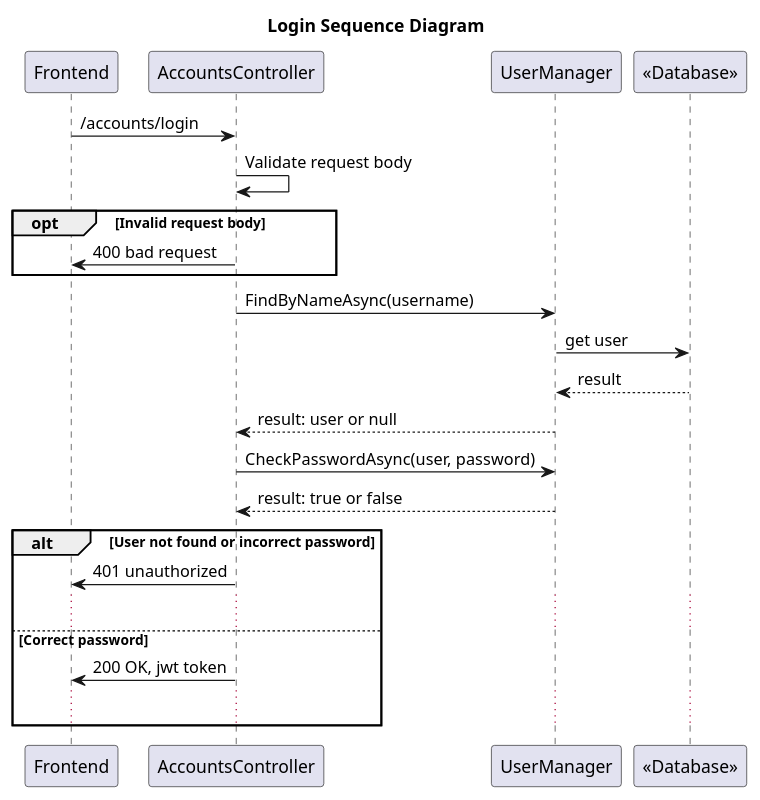
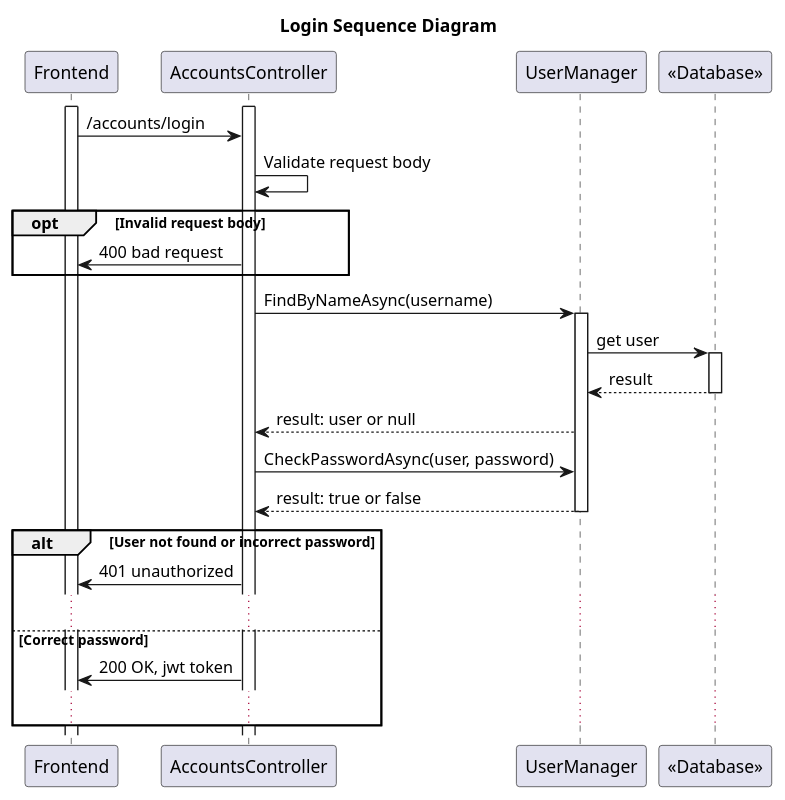
The diagram in diagrams/backend/loginSequence.puml (a-chiha/FinanceTrackerBackend), drawn with PlantUML before and after one commit. The commit also changed 2 other files, not shown here.

Commit message:
Revidering af seq diagrammer så activation bars de passer.

```diff
--- a/diagrams/backend/loginSequence.puml
+++ b/diagrams/backend/loginSequence.puml
@@ -2,33 +2,37 @@
 @startuml
 title Login Sequence Diagram
 participant "Frontend" as Frontend
 participant "AccountsController" as AccountsController
 participant "UserManager" as UserManager
 participant "<<Database>>" as Database
-
+activate Frontend
+activate AccountsController
 Frontend -> AccountsController: /accounts/login
 AccountsController -> AccountsController: Validate request body
 opt Invalid request body
 AccountsController -> Frontend: 400 bad request 
 end
 AccountsController -> UserManager: FindByNameAsync(username)
+activate UserManager
 UserManager -> Database: get user
+activate Database
 Database --> UserManager: result
+deactivate Database
 UserManager --> AccountsController: result: user or null
 
 AccountsController -> UserManager: CheckPasswordAsync(user, password)
 UserManager --> AccountsController: result: true or false
-
+deactivate UserManager
 alt User not found or incorrect password
 
 AccountsController -> Frontend: 401 unauthorized
 ...
 else Correct password
 
 AccountsController -> Frontend: 200 OK, jwt token
 ...
 end
 
 
 
 @enduml
```
